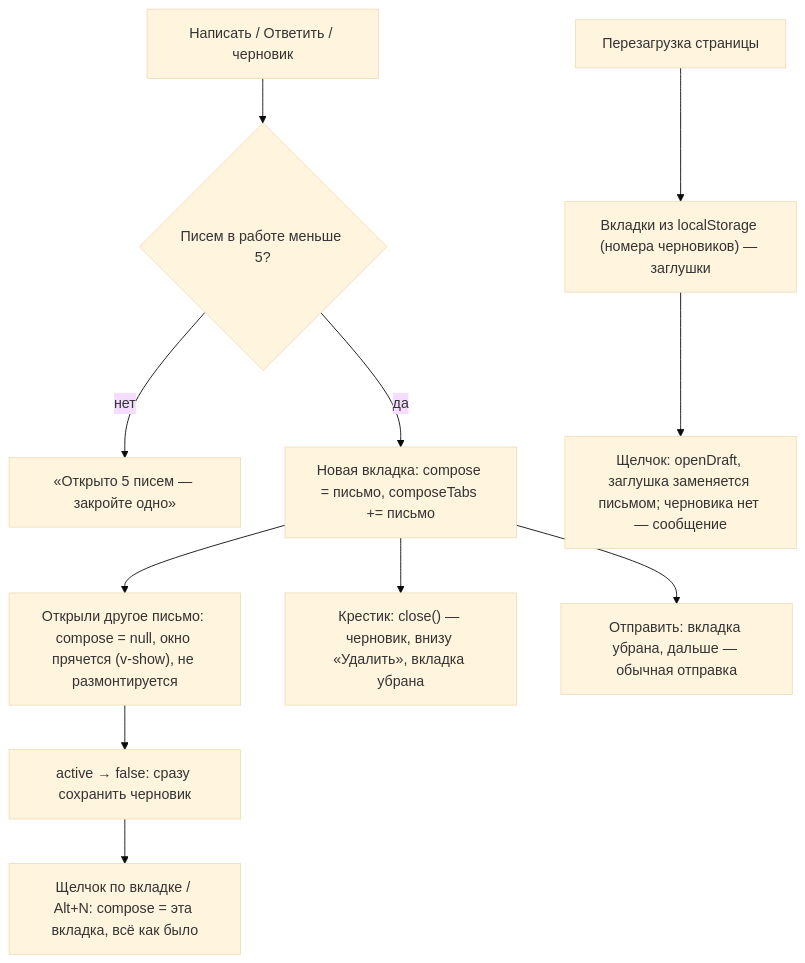
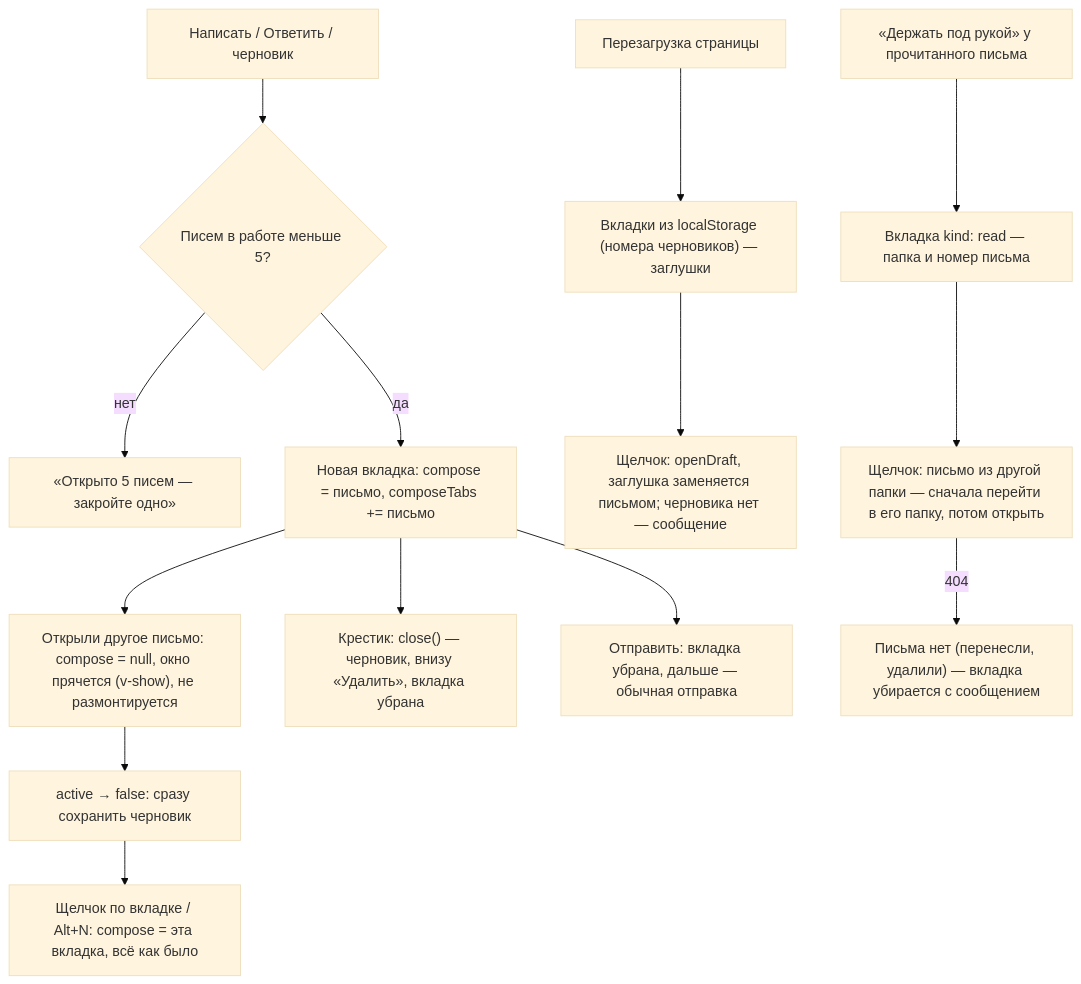
One commit to crowartie/mailadmin changed the third of 3 diagrams in docs/processes/compose-send.md. Above: the diagram before and after it, drawn with Mermaid (base theme). The commit also changed other lines of this file and 5 other files, not shown here.

First line of the commit message:
Веб-почта: «Держать под рукой» — прочитанное письмо вкладкой внизу

````diff
--- a/docs/processes/compose-send.md
+++ b/docs/processes/compose-send.md
@@ -68,13 +72,16 @@
 ```mermaid
 flowchart TD
     N["Написать / Ответить / черновик"] --> ROOM{"Писем в работе меньше 5?"}
     ROOM -->|нет| LIM["«Открыто 5 писем — закройте одно»"]
     ROOM -->|да| TAB["Новая вкладка: compose = письмо, composeTabs += письмо"]
     TAB --> OPEN["Открыли другое письмо: compose = null, окно прячется (v-show), не размонтируется"]
     OPEN --> SAVE["active → false: сразу сохранить черновик"]
     SAVE --> BACK["Щелчок по вкладке / Alt+N: compose = эта вкладка, всё как было"]
     TAB --> X["Крестик: close() — черновик, внизу «Удалить», вкладка убрана"]
     TAB --> SEND["Отправить: вкладка убрана, дальше — обычная отправка"]
     RL["Перезагрузка страницы"] --> PH["Вкладки из localStorage (номера черновиков) — заглушки"]
     PH --> LOAD["Щелчок: openDraft, заглушка заменяется письмом; черновика нет — сообщение"]
+    HOLD["«Держать под рукой» у прочитанного письма"] --> RT["Вкладка kind: read — папка и номер письма"]
+    RT --> RO["Щелчок: письмо из другой папки — сначала перейти в его папку, потом открыть"]
+    RO -->|"404"| GONE["Письма нет (перенесли, удалили) — вкладка убирается с сообщением"]
 ```
````
